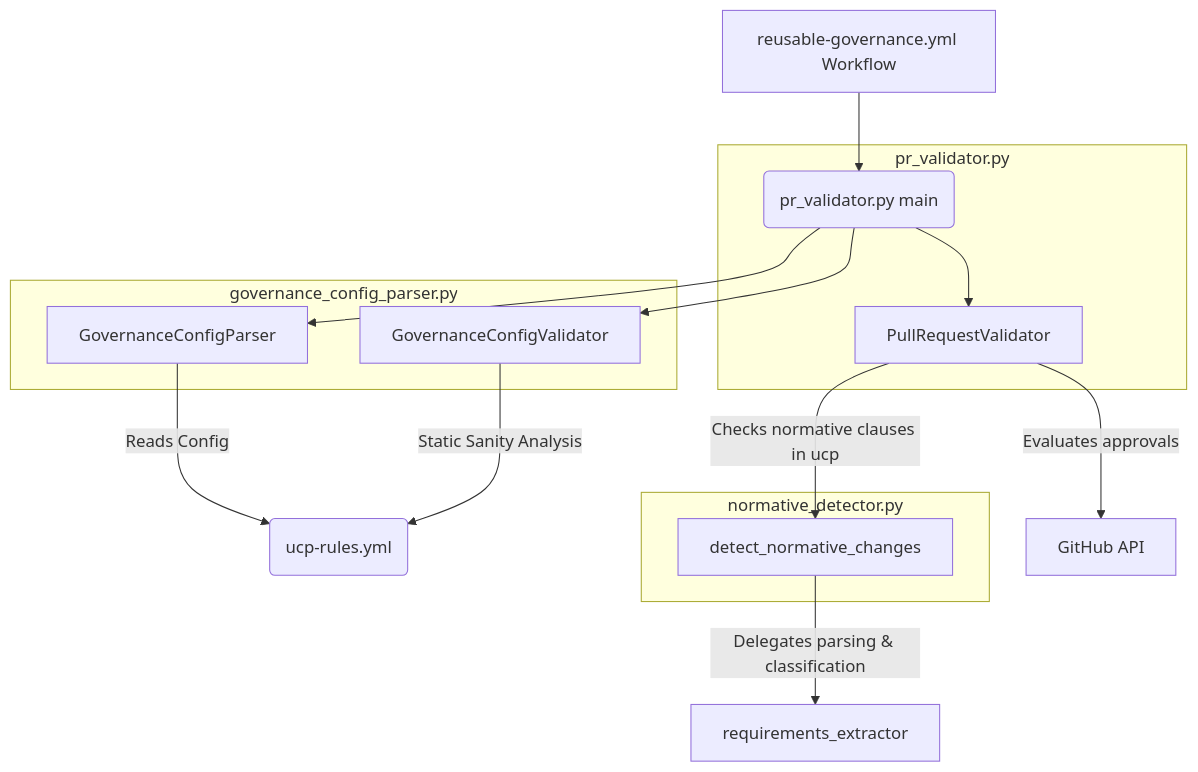
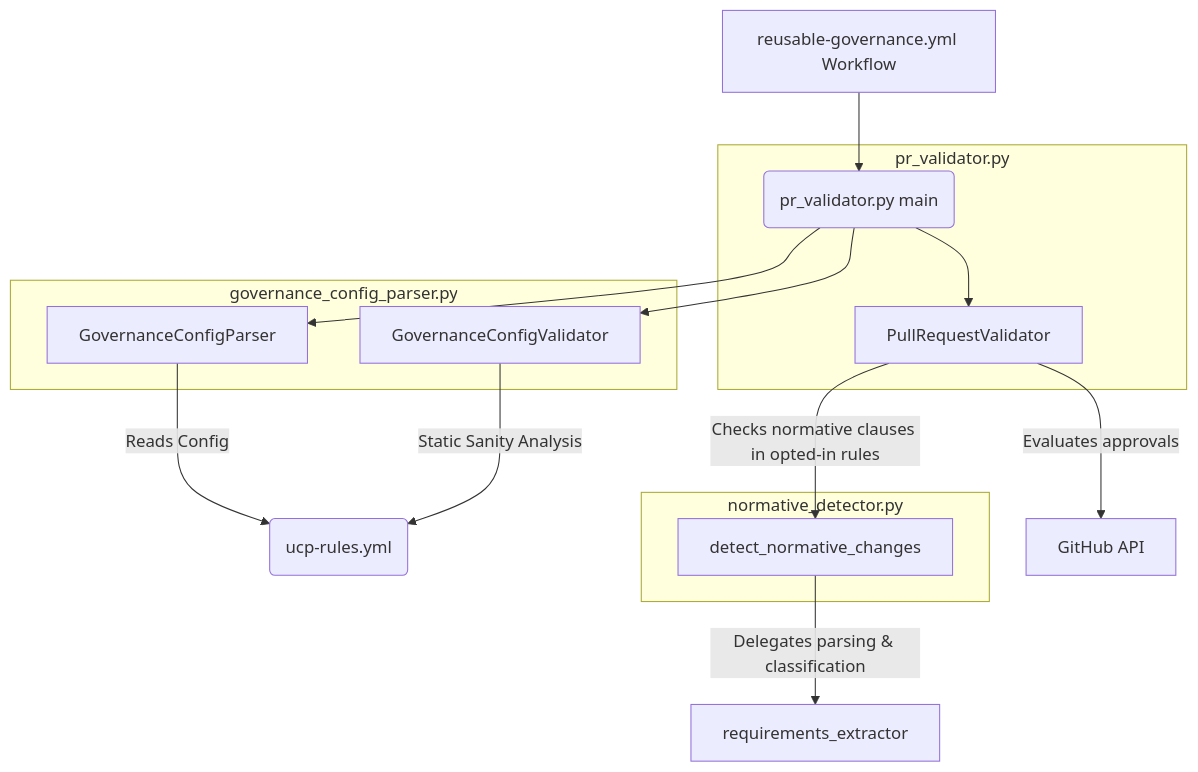
One commit to Universal-Commerce-Protocol/.github changed the diagram in org-tools/governance/README.md. Above: the diagram before and after it, drawn with Mermaid. The commit also changed other lines of this file and 6 other files, not shown here.

First line of the commit message:
fix(governance): scope normative escalation to opted-in rules and fail closed

````diff
--- a/org-tools/governance/README.md
+++ b/org-tools/governance/README.md
@@ -11,24 +11,24 @@
 ```mermaid
 graph TD
     A[reusable-governance.yml Workflow] --> B(pr_validator.py main)
     subgraph pr_validator.py
         B
         E[PullRequestValidator]
     end
     subgraph governance_config_parser.py
         C[GovernanceConfigParser]
         D[GovernanceConfigValidator]
     end
     subgraph normative_detector.py
         H[detect_normative_changes]
     end
     I[requirements_extractor]
     B --> C
     B --> D
     B --> E
     C -->|Reads Config| F(ucp-rules.yml)
     D -->|Static Sanity Analysis| F
-    E -->|Checks normative clauses in ucp| H
+    E -->|Checks normative clauses in opted-in rules| H
     H -->|Delegates parsing & classification| I
     E -->|Evaluates approvals| G[GitHub API]
 ```
````
